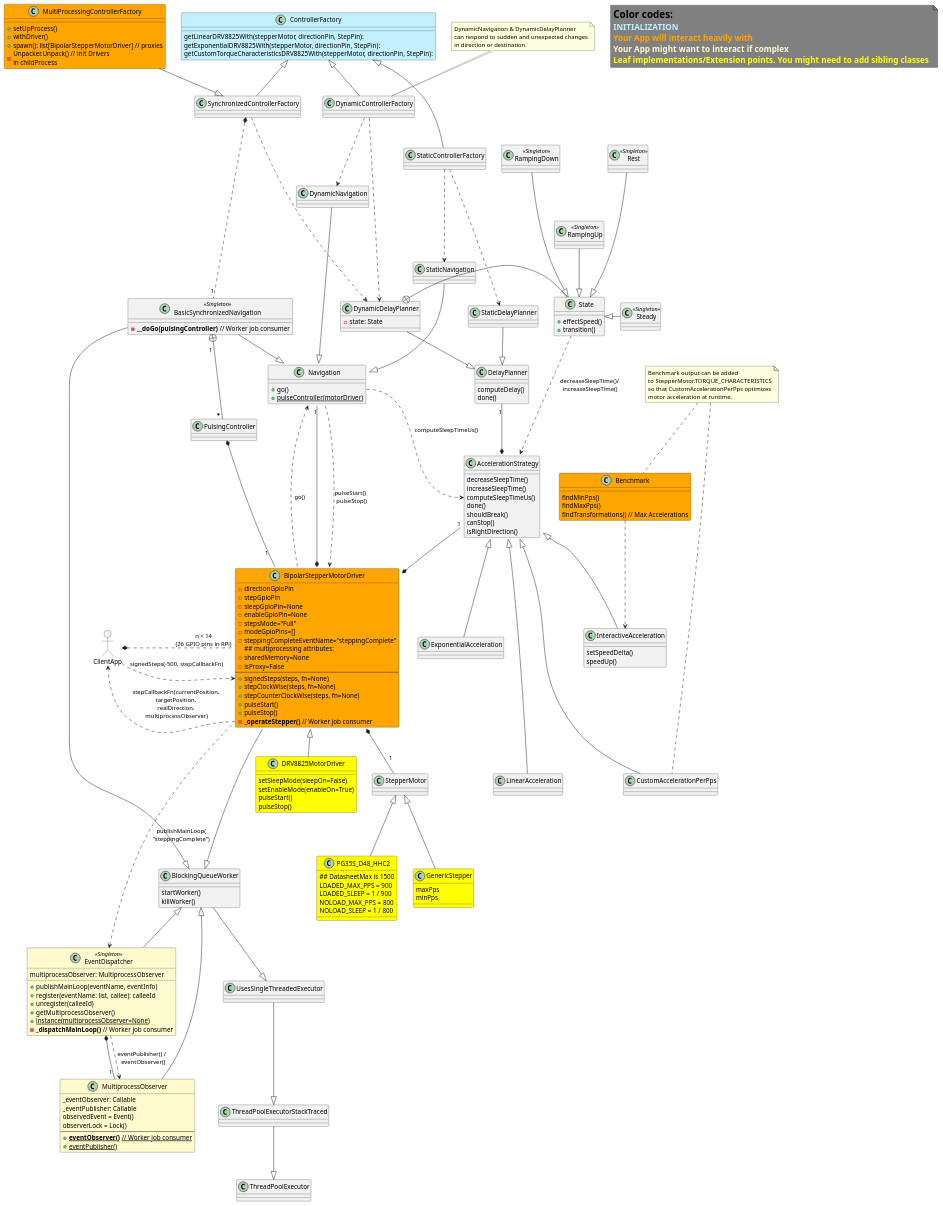
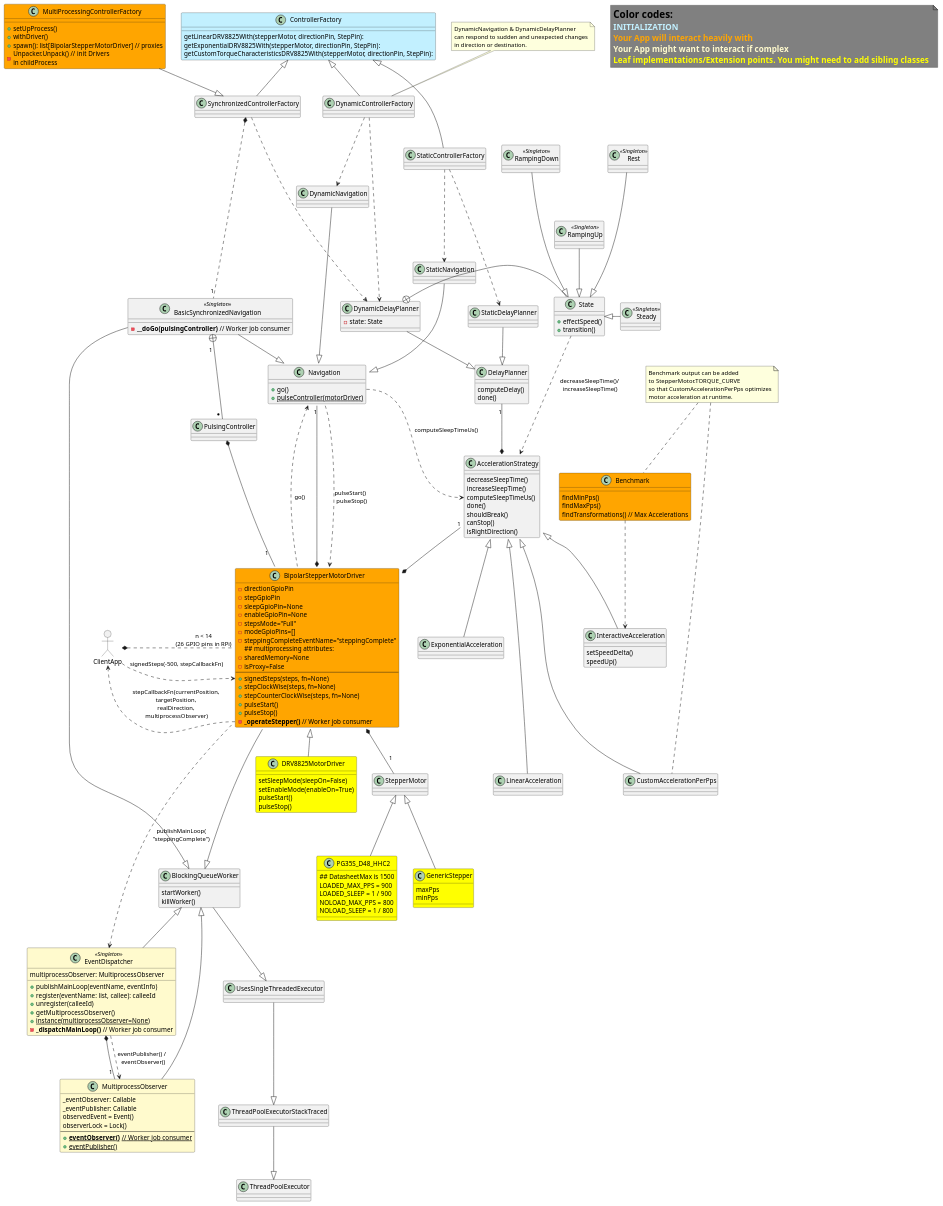
Before and after one commit to juanmf/StepperMotors: the diagram in doc/collab.puml, drawn with PlantUML. The commit also changed 7 other files, not shown here.

Commit message:
Refactor StepperMotor constructors, adding getters for basic properties, Enabled GenericMotor to copy from Other Motors while init in a builder

```diff
--- a/doc/collab.puml
+++ b/doc/collab.puml
@@ -219,7 +219,7 @@
 ''' Notes
 note as N1
 Benchmark output can be added
-to StepperMotor.TORQUE_CHARACTERISTICS
+to StepperMotor.TORQUE_CURVE
 so that CustomAccelerationPerPps optimizes
 motor acceleration at runtime.
 end note
```
